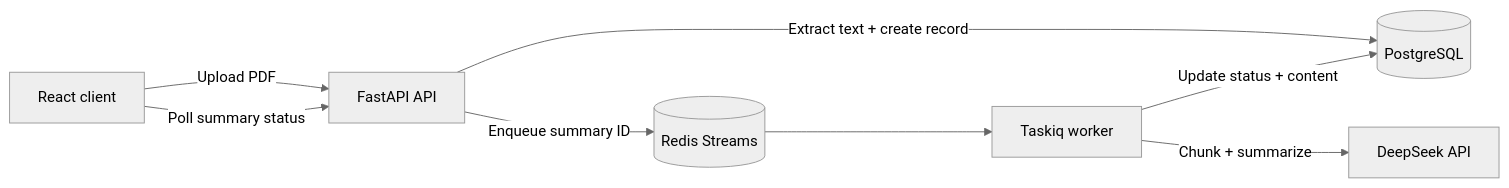
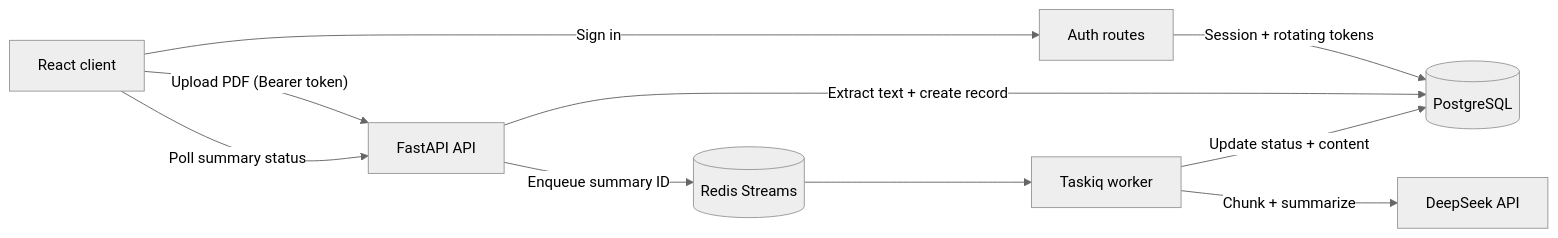
The diagram in README.md (samuel-jarvis/ai-book-summarizer), drawn with Mermaid (neutral theme) before and after one commit. The commit also changed other lines of this file and 4 other files, not shown here.

````diff
--- a/README.md
+++ b/README.md
@@ -22,10 +26,12 @@
 ```mermaid
 flowchart LR
-    UI["React client"] -->|"Upload PDF"| API["FastAPI API"]
-    API -->|"Extract text + create record"| DB[(PostgreSQL)]
+    UI["React client"] -->|"Sign in"| AUTH["Auth routes"]
+    AUTH -->|"Session + rotating tokens"| DB[(PostgreSQL)]
+    UI -->|"Upload PDF (Bearer token)"| API["FastAPI API"]
+    API -->|"Extract text + create record"| DB
     API -->|"Enqueue summary ID"| REDIS[(Redis Streams)]
     REDIS --> WORKER["Taskiq worker"]
     WORKER -->|"Chunk + summarize"| AI["DeepSeek API"]
     WORKER -->|"Update status + content"| DB
     UI -->|"Poll summary status"| API
 ```
````
